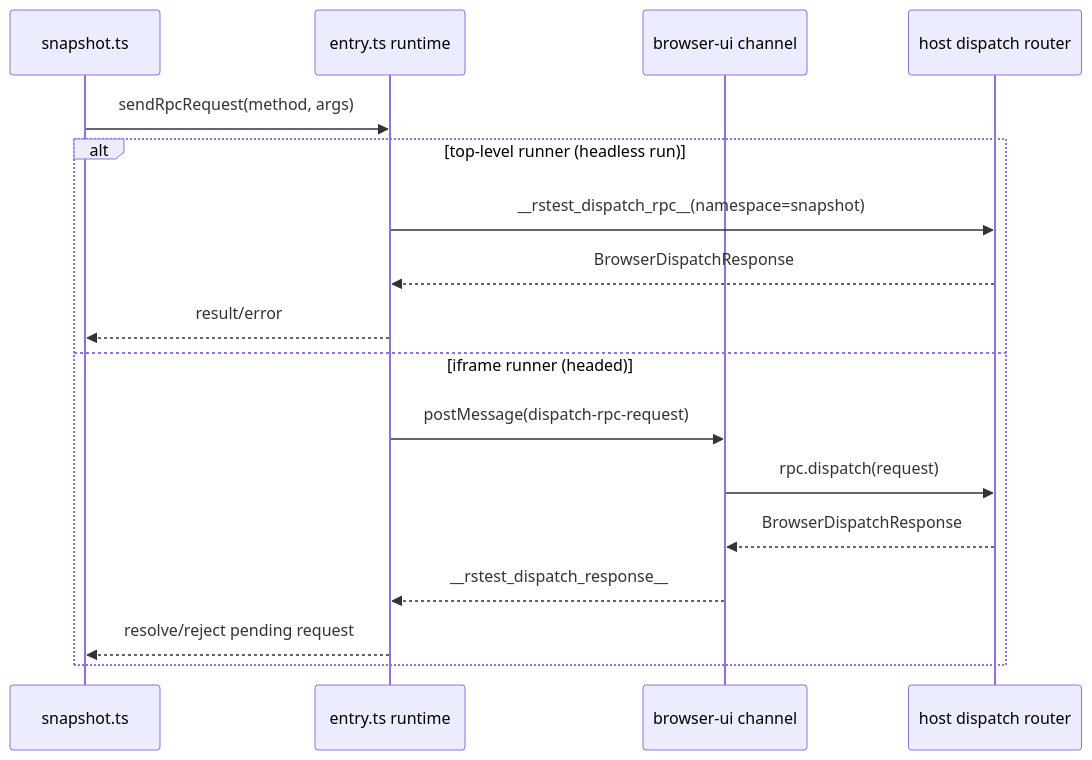
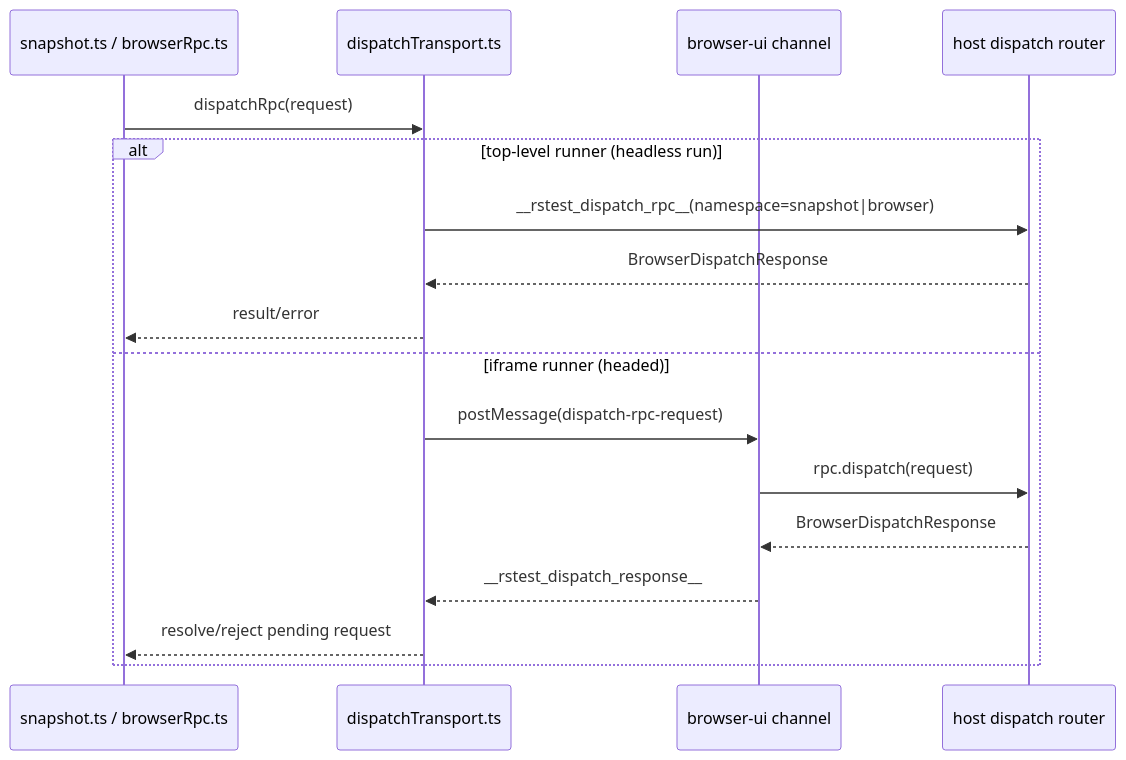
One commit to web-infra-dev/rstest changed the third of 3 diagrams in packages/browser/src/client/AGENTS.md. Above: the diagram before and after it, drawn with Mermaid. The commit also changed other lines of this file and 76 other files, not shown here.

````diff
--- a/packages/browser/src/client/AGENTS.md
+++ b/packages/browser/src/client/AGENTS.md
@@ -53,21 +58,21 @@
 ```mermaid
 sequenceDiagram
-  participant Snap as snapshot.ts
-  participant Runner as entry.ts runtime
+  participant Caller as snapshot.ts / browserRpc.ts
+  participant Transport as dispatchTransport.ts
   participant Container as browser-ui channel
   participant Host as host dispatch router
 
-  Snap->>Runner: sendRpcRequest(method, args)
+  Caller->>Transport: dispatchRpc(request)
 
   alt top-level runner (headless run)
-    Runner->>Host: __rstest_dispatch_rpc__(namespace=snapshot)
-    Host-->>Runner: BrowserDispatchResponse
-    Runner-->>Snap: result/error
+    Transport->>Host: __rstest_dispatch_rpc__(namespace=snapshot|browser)
+    Host-->>Transport: BrowserDispatchResponse
+    Transport-->>Caller: result/error
   else iframe runner (headed)
-    Runner->>Container: postMessage(dispatch-rpc-request)
+    Transport->>Container: postMessage(dispatch-rpc-request)
     Container->>Host: rpc.dispatch(request)
     Host-->>Container: BrowserDispatchResponse
-    Container-->>Runner: __rstest_dispatch_response__
-    Runner-->>Snap: resolve/reject pending request
+    Container-->>Transport: __rstest_dispatch_response__
+    Transport-->>Caller: resolve/reject pending request
   end
 ```
````
